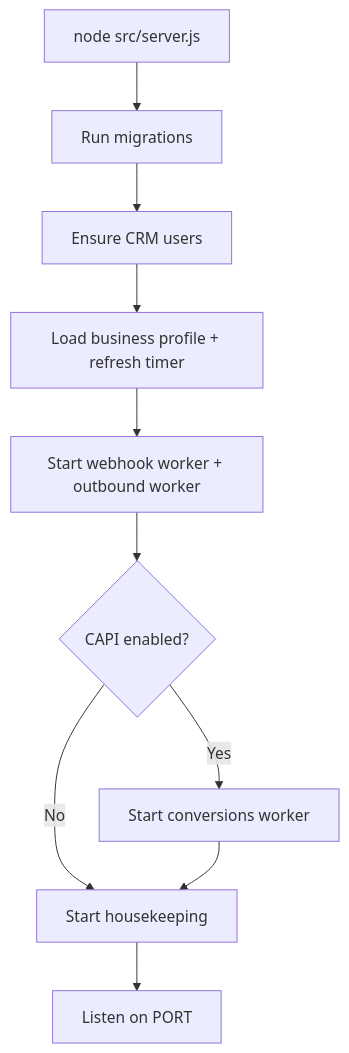
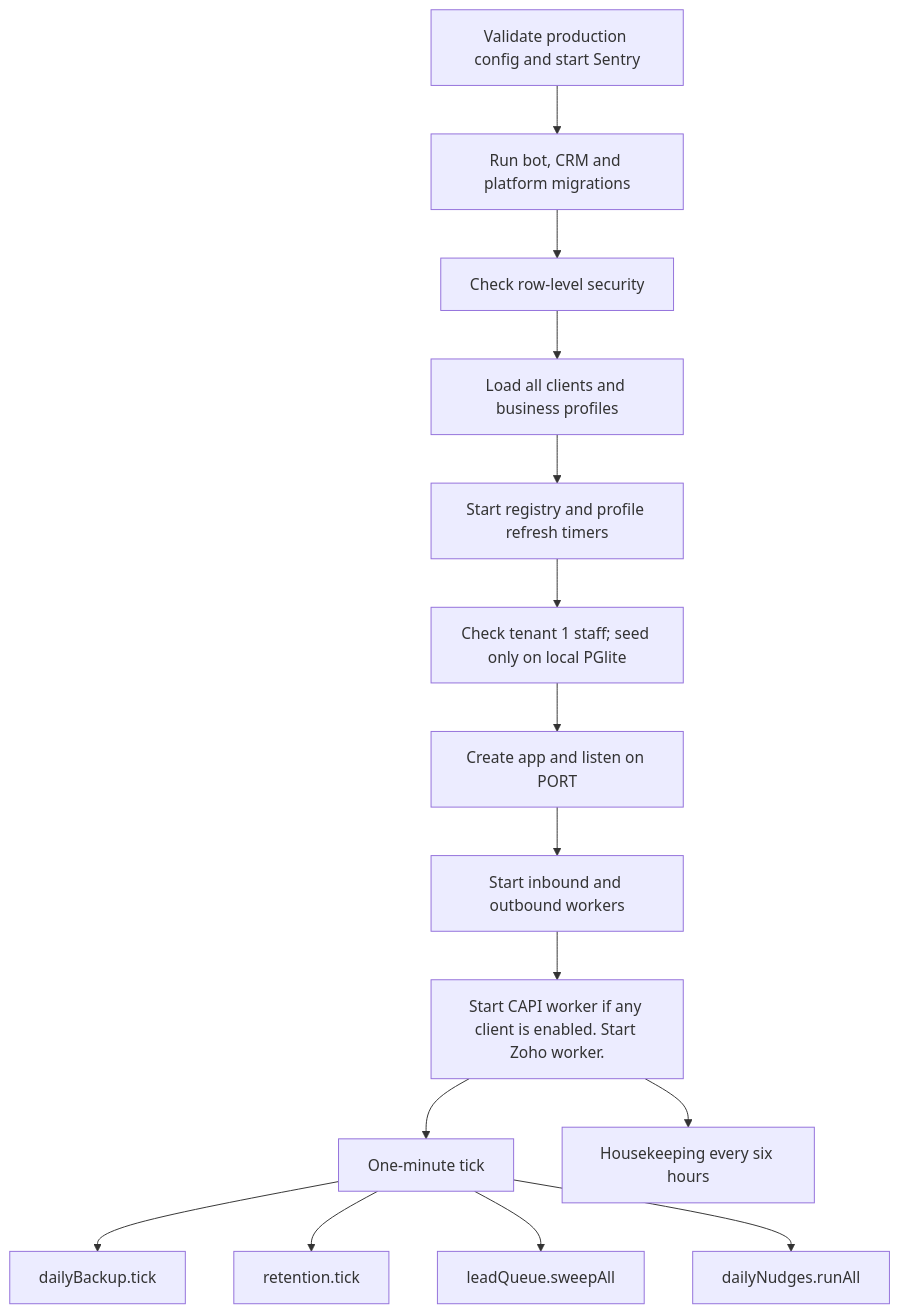
Diagram 15 of 15 in docs/SYSTEM_MAP.md (kaamilstudiesig/GKF-WA), drawn with Mermaid before and after one commit. The commit also changed other lines of this file, not shown here.

First line of the commit message:
docs: refresh the system map to the code on 17 Nov (drafted by Codex, checked)

````diff
--- a/docs/SYSTEM_MAP.md
+++ b/docs/SYSTEM_MAP.md
@@ -302,12 +475,17 @@
 ```mermaid
 flowchart TD
-  S["node src/server.js"] --> M["Run migrations"]
-  M --> U["Ensure CRM users"]
-  U --> BP["Load business profile + refresh timer"]
-  BP --> WK["Start webhook worker + outbound worker"]
-  WK --> CV{"CAPI enabled?"}
-  CV -- "Yes" --> CW["Start conversions worker"]
-  CV -- "No" --> HS["Start housekeeping"]
-  CW --> HS
-  HS --> L["Listen on PORT"]
+  START["Validate production config and start Sentry"] --> MIG["Run bot, CRM and platform migrations"]
+  MIG --> RLS["Check row-level security"]
+  RLS --> LOAD["Load all clients and business profiles"]
+  LOAD --> REFRESH["Start registry and profile refresh timers"]
+  REFRESH --> USERS["Check tenant 1 staff; seed only on local PGlite"]
+  USERS --> LISTEN["Create app and listen on PORT"]
+  LISTEN --> WORK["Start inbound and outbound workers"]
+  WORK --> OTHER["Start CAPI worker if any client is enabled. Start Zoho worker."]
+  OTHER --> TICK["One-minute tick"]
+  TICK --> BACKUP["dailyBackup.tick"]
+  TICK --> RETENTION["retention.tick"]
+  TICK --> QUEUE["leadQueue.sweepAll"]
+  TICK --> NUDGE["dailyNudges.runAll"]
+  OTHER --> HOUSE["Housekeeping every six hours"]
 ```
````
